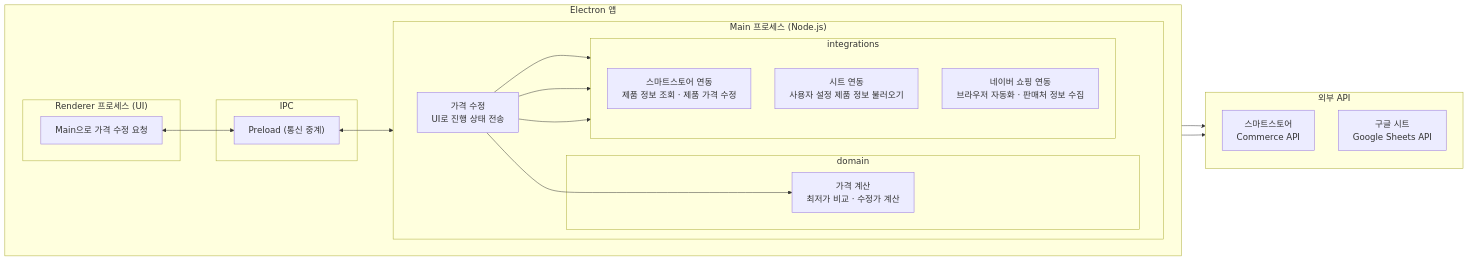
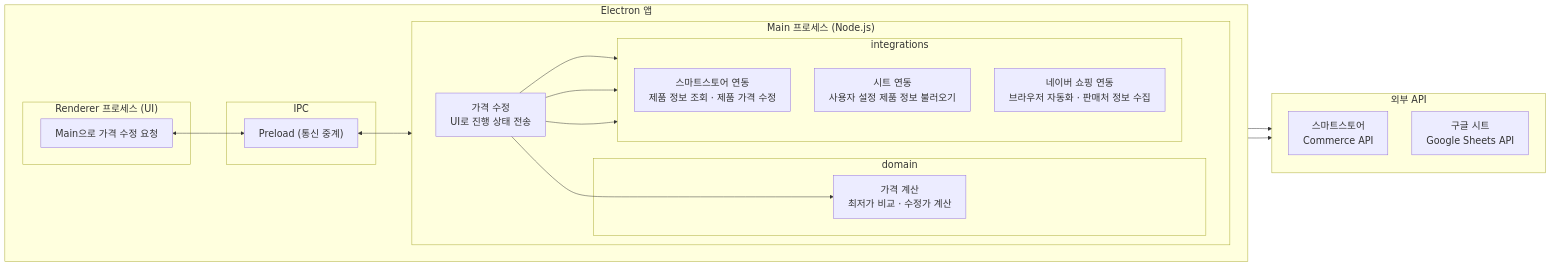
The diagram in assets/architecture.mmd (J8rl-Chik/smartstore-price-bot), drawn with Mermaid before and after one commit. The commit also changed 1 other file, not shown here.

Commit message:
docs: architecture 다이어그램 글자 크기 변경
- 노드 글자를 18px에서 20px로 변경
- subgraph 제목을 20px에서 22px로 변경

```diff
--- a/assets/architecture.mmd
+++ b/assets/architecture.mmd
@@ -1,41 +1,41 @@
-%%{init: {"flowchart": {"htmlLabels": false, "wrappingWidth": 400}, "themeVariables": {"fontSize": "18px"}, "themeCSS": ".cluster-label text { font-size: 20px; font-weight: bold; }"}}%%
+%%{init: {"flowchart": {"htmlLabels": false, "wrappingWidth": 400}, "themeVariables": {"fontSize": "20px"}, "themeCSS": ".cluster-label text { font-size: 22px; font-weight: bold; }"}}%%
 flowchart LR
   subgraph Electron["Electron 앱"]
     direction LR
     subgraph Renderer["Renderer 프로세스 (UI)"]
       React["Main으로 가격 수정 요청"]
     end
 
     subgraph Main["Main 프로세스 (Node.js)"]
       direction LR
       Core["가격 수정<br/>UI로 진행 상태 전송"]
       subgraph Domain["domain"]
         DomainLogic["가격 계산<br/>최저가 비교 · 수정가 계산"]
       end
       subgraph Adapters["integrations"]
         direction TB
         StoreAd["스마트스토어 연동<br/>제품 정보 조회 · 제품 가격 수정"]
         SheetsAd["시트 연동<br/>사용자 설정 제품 정보 불러오기"]
         CatalogAd["네이버 쇼핑 연동<br/>브라우저 자동화 · 판매처 정보 수집"]
       end
       Core --> DomainLogic
       Core --> StoreAd
       Core --> SheetsAd
       Core --> CatalogAd
     end
 
     subgraph IPC["IPC"]
       Preload["Preload (통신 중계)"]
     end
 
     React <--> Preload <--> Core
   end
 
   subgraph External["외부 API"]
     direction TB
     Commerce["스마트스토어<br/>Commerce API"]
     Sheets["구글 시트<br/>Google Sheets API"]
   end
 
   StoreAd --> Commerce
   SheetsAd --> Sheets
```
